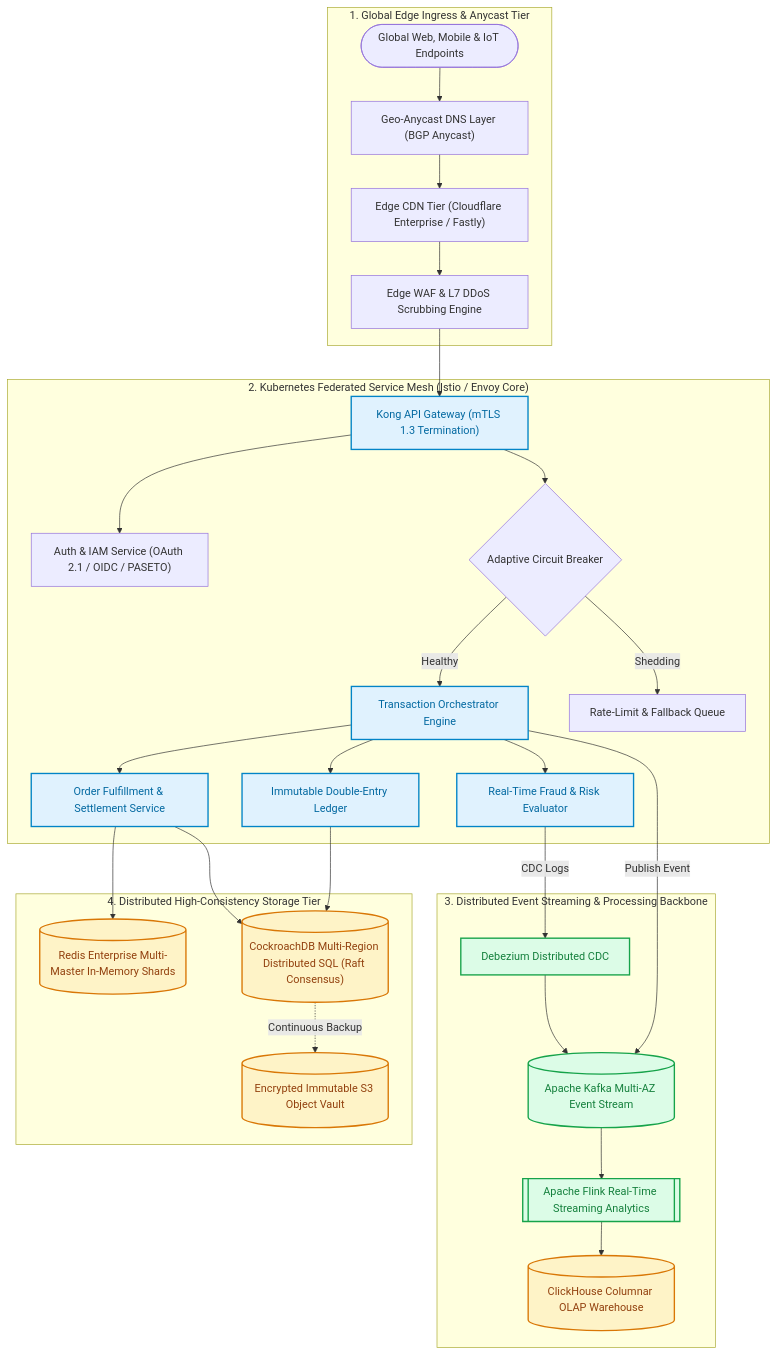
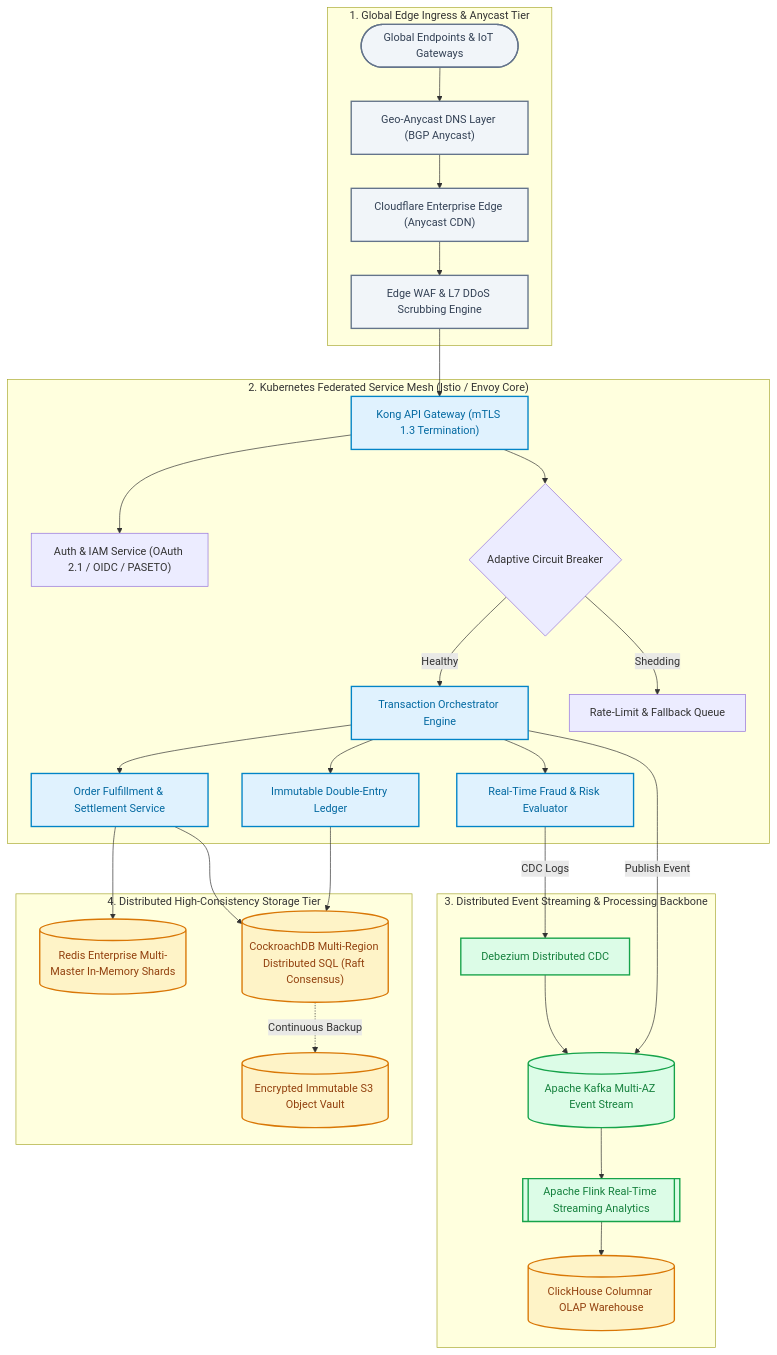
One commit to masumrpg/react-native-library changed the first of 5 diagrams in apps/cli/markforge/docs/document.md. Above: the diagram before and after it, drawn with Mermaid. The commit also changed other lines of this file and 23 other files, not shown here.

Commit message:
feat(markforge): add mermaid theme and rendering configuration support

````diff
--- a/apps/cli/markforge/docs/document.md
+++ b/apps/cli/markforge/docs/document.md
@@ -98,43 +98,45 @@
 ```mermaid
 flowchart TD
     subgraph Edge ["1. Global Edge Ingress & Anycast Tier"]
-        Client(["Global Web, Mobile & IoT Endpoints"]) --> AnycastDNS["Geo-Anycast DNS Layer (BGP Anycast)"]
-        AnycastDNS --> CDN["Edge CDN Tier (Cloudflare Enterprise / Fastly)"]
+        Client(["Global Endpoints & IoT Gateways"]) --> AnycastDNS["Geo-Anycast DNS Layer (BGP Anycast)"]
+        AnycastDNS --> CDN["Cloudflare Enterprise Edge (Anycast CDN)"]
         CDN --> EdgeWAF["Edge WAF & L7 DDoS Scrubbing Engine"]
     end
 
     subgraph Mesh ["2. Kubernetes Federated Service Mesh (Istio / Envoy Core)"]
         EdgeWAF --> APIGateway["Kong API Gateway (mTLS 1.3 Termination)"]
         APIGateway --> AuthEngine["Auth & IAM Service (OAuth 2.1 / OIDC / PASETO)"]
         APIGateway --> CircuitBreaker{"Adaptive Circuit Breaker"}
         
         CircuitBreaker -->|Healthy| TransSvc["Transaction Orchestrator Engine"]
         CircuitBreaker -->|Shedding| FallbackSvc["Rate-Limit & Fallback Queue"]
         
         TransSvc --> RiskEngine["Real-Time Fraud & Risk Evaluator"]
         TransSvc --> OrderEngine["Order Fulfillment & Settlement Service"]
         TransSvc --> LedgerSvc["Immutable Double-Entry Ledger"]
     end
 
     subgraph EventStream ["3. Distributed Event Streaming & Processing Backbone"]
         TransSvc -->|Publish Event| KafkaCluster[("Apache Kafka Multi-AZ Event Stream")]
         RiskEngine -->|CDC Logs| Debezium["Debezium Distributed CDC"]
         Debezium --> KafkaCluster
         KafkaCluster --> FlinkWorkers[["Apache Flink Real-Time Streaming Analytics"]]
         FlinkWorkers --> ClickHouse[("ClickHouse Columnar OLAP Warehouse")]
     end
 
     subgraph Persistence ["4. Distributed High-Consistency Storage Tier"]
         OrderEngine --> RedisCluster[("Redis Enterprise Multi-Master In-Memory Shards")]
         LedgerSvc --> CockroachCluster[("CockroachDB Multi-Region Distributed SQL (Raft Consensus)")]
         OrderEngine --> CockroachCluster
         CockroachCluster -.->|Continuous Backup| S3Glacier[("Encrypted Immutable S3 Object Vault")]
     end
 
     classDef primary fill:#E0F2FE,stroke:#0284C7,stroke-width:2px,color:#0369A1;
     classDef storage fill:#FEF3C7,stroke:#D97706,stroke-width:2px,color:#92400E;
     classDef event fill:#DCFCE7,stroke:#16A34A,stroke-width:2px,color:#15803D;
+    classDef edge fill:#F1F5F9,stroke:#64748B,stroke-width:2px,color:#334155;
+    class Client,AnycastDNS,CDN,EdgeWAF edge;
     class APIGateway,TransSvc,RiskEngine,OrderEngine,LedgerSvc primary;
     class CockroachCluster,RedisCluster,ClickHouse,S3Glacier storage;
     class KafkaCluster,FlinkWorkers,Debezium event;
 ```
````
